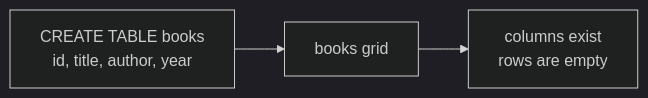
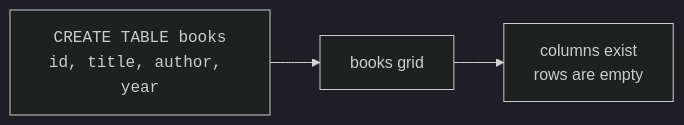
Before and after one commit to dataslope/dataslope: the second of 4 diagrams in content/learn/sqlite-for-beginners/creating-tables.mdx, drawn with Mermaid (dark theme). The commit also changed other lines of this file and 56 other files, not shown here.

````diff
--- a/content/learn/sqlite-for-beginners/creating-tables.mdx
+++ b/content/learn/sqlite-for-beginners/creating-tables.mdx
@@ -42,5 +42,5 @@
 ```mermaid
 flowchart LR
-    A["CREATE TABLE books<br/>id, title, author, year"] --> B["books grid"]
+    A["<code>CREATE TABLE books<br/>id, title, author, year</code>"] --> B["books grid"]
     B --> C["columns exist<br/>rows are empty"]
 ```
````
